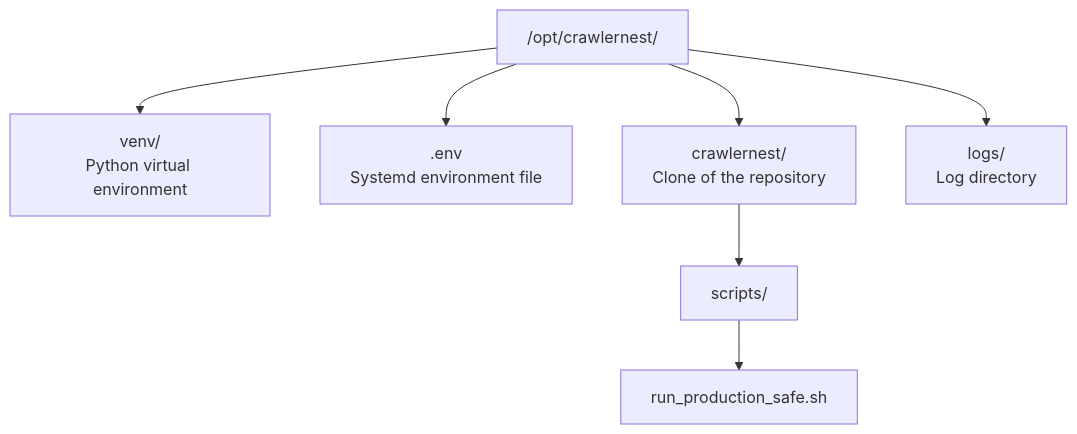
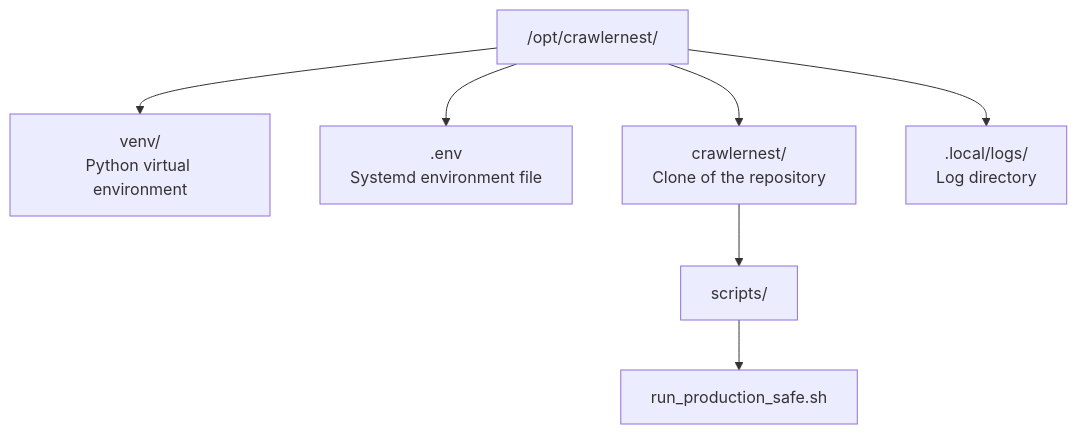
One commit to heinricitorgau/CrawlerNest changed the diagram in docs/deployment/Lobster_01_Deployment_Guide.md. Above: the diagram before and after it, drawn with Mermaid. The commit also changed 107 other files, not shown here.

````diff
--- a/docs/deployment/Lobster_01_Deployment_Guide.md
+++ b/docs/deployment/Lobster_01_Deployment_Guide.md
@@ -16,16 +16,16 @@
 ```mermaid
 flowchart TB
     root["/opt/crawlernest/"]
     venv["venv/<br/>Python virtual environment"]
     env[".env<br/>Systemd environment file"]
     repo["crawlernest/<br/>Clone of the repository"]
     scripts["scripts/"]
     runner["run_production_safe.sh"]
-    logs["logs/<br/>Log directory"]
+    logs[".local/logs/<br/>Log directory"]
 
     root --> venv
     root --> env
     root --> repo
     repo --> scripts --> runner
     root --> logs
 ```
````
